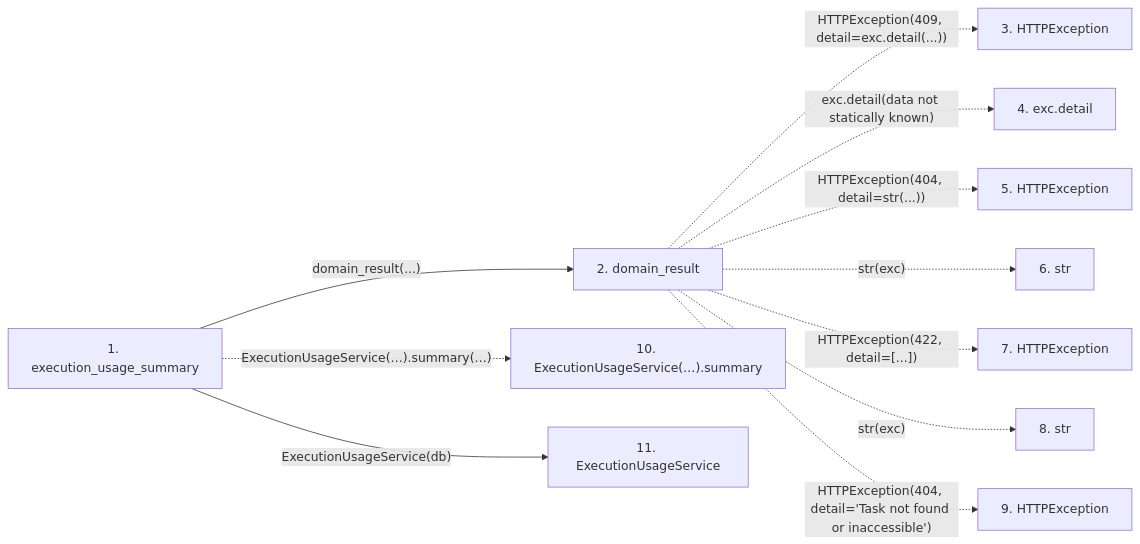
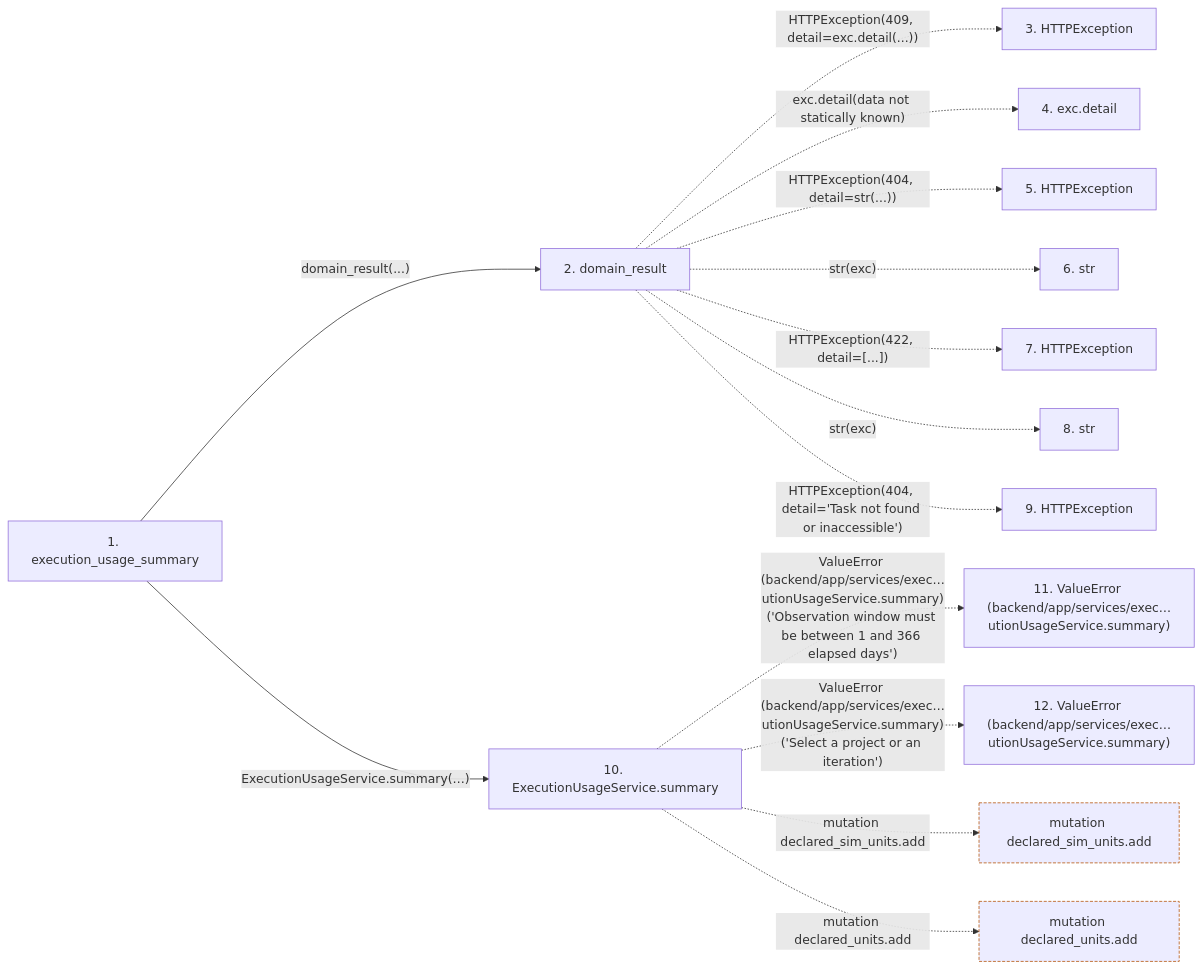
Before and after one commit to Denissvgn/WorkChord: the second of 2 diagrams in docs/llm_wiki/flows/http-execution_usage_summary.md, drawn with Mermaid. The commit also changed other lines of this file and 25171 other files, not shown here.

````diff
--- a/docs/llm_wiki/flows/http-execution_usage_summary.md
+++ b/docs/llm_wiki/flows/http-execution_usage_summary.md
@@ -34,27 +137,36 @@
 ```mermaid
 flowchart LR
     s1["1. execution_usage_summary"]
     s2["2. domain_result"]
     s3["3. HTTPException"]
     s4["4. exc.detail"]
     s5["5. HTTPException"]
     s6["6. str"]
     s7["7. HTTPException"]
     s8["8. str"]
     s9["9. HTTPException"]
-    s10["10. ExecutionUsageService(…).summary"]
-    s11["11. ExecutionUsageService"]
+    s10["10. ExecutionUsageService.summary"]
+    s11["11. ValueError (backend/app/services/exec…utionUsageService.summary)"]
+    s12["12. ValueError (backend/app/services/exec…utionUsageService.summary)"]
     s1 -->|"domain_result(...)"| s2
     s2 -. "HTTPException(409, detail=exc.detail(...))" .-> s3
     s2 -. "exc.detail(data not statically known)" .-> s4
     s2 -. "HTTPException(404, detail=str(...))" .-> s5
     s2 -. "str(exc)" .-> s6
     s2 -. "HTTPException(422, detail=[...])" .-> s7
     s2 -. "str(exc)" .-> s8
     s2 -. "HTTPException(404, detail='Task not found or inaccessible')" .-> s9
-    s1 -. "ExecutionUsageService(…).summary(…)" .-> s10
-    s1 -->|"ExecutionUsageService(db)"| s11
+    s1 -->|"ExecutionUsageService.summary(…)"| s10
+    s10 -. "ValueError (backend/app/services/exec…utionUsageService.summary)('Observation window must be between 1 and 366 elapsed days')" .-> s11
+    s10 -. "ValueError (backend/app/services/exec…utionUsageService.summary)('Select a project or an iteration')" .-> s12
+    b0["mutation declared_sim_units.add"]
+    s10 -. "mutation declared_sim_units.add" .-> b0
+    b1["mutation declared_units.add"]
+    s10 -. "mutation declared_units.add" .-> b1
     click s1 "../modules/routers_task_domain.md"
     click s2 "../modules/routers_task_domain.md"
-    click s11 "../modules/execution_usage_service.md"
+    click s10 "../modules/execution_usage_service.md"
+    classDef boundary stroke:#b45309,stroke-dasharray: 4 2
+    class b0 boundary
+    class b1 boundary
 ```
````
